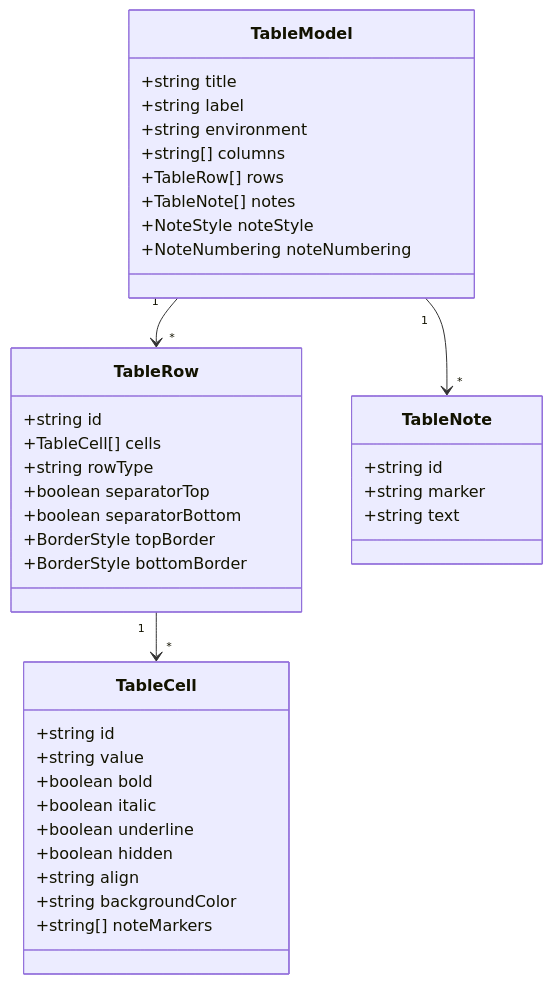
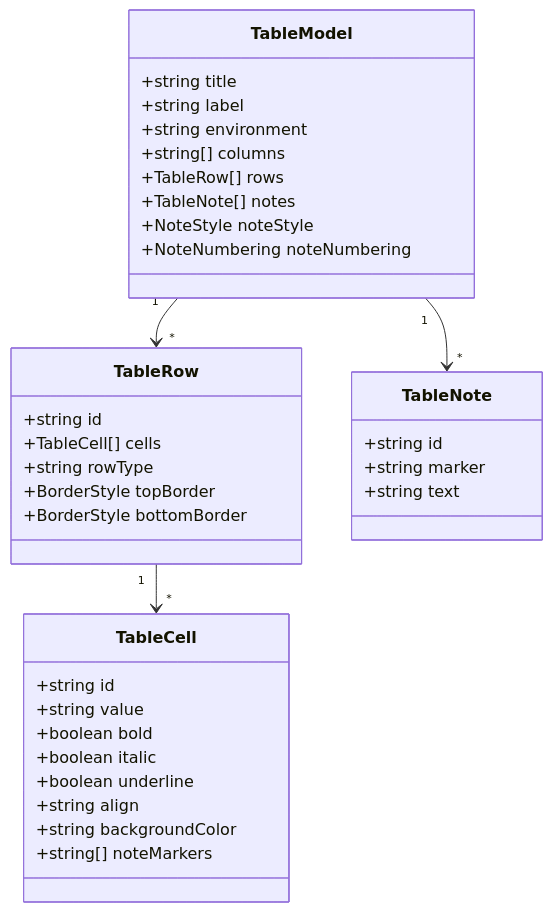
Before and after one commit to Axe0320/latex-table-composer: the third of 4 diagrams in README.md, drawn with Mermaid. The commit also changed other lines of this file, not shown here.

````diff
--- a/README.md
+++ b/README.md
@@ -134,41 +158,38 @@
 ```mermaid
 classDiagram
     class TableModel {
         +string title
         +string label
         +string environment
         +string[] columns
         +TableRow[] rows
         +TableNote[] notes
         +NoteStyle noteStyle
         +NoteNumbering noteNumbering
     }
     class TableRow {
         +string id
         +TableCell[] cells
         +string rowType
-        +boolean separatorTop
-        +boolean separatorBottom
         +BorderStyle topBorder
         +BorderStyle bottomBorder
     }
     class TableCell {
         +string id
         +string value
         +boolean bold
         +boolean italic
         +boolean underline
-        +boolean hidden
         +string align
         +string backgroundColor
         +string[] noteMarkers
     }
     class TableNote {
         +string id
         +string marker
         +string text
     }
     TableModel "1" --> "*" TableRow
     TableRow "1" --> "*" TableCell
     TableModel "1" --> "*" TableNote
 ```
````
